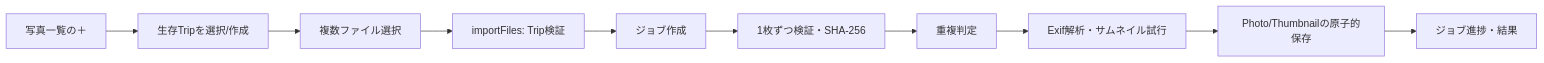
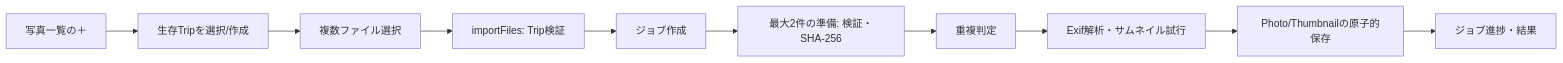
One commit to Kennethii2i/photo-route changed the diagram in docs/specification/IMPORT_AND_PHOTOS.md. Above: the diagram before and after it, drawn with Mermaid. The commit also changed other lines of this file and 12 other files, not shown here.

````diff
--- a/docs/specification/IMPORT_AND_PHOTOS.md
+++ b/docs/specification/IMPORT_AND_PHOTOS.md
@@ -7,12 +7,12 @@
 ```mermaid
 flowchart LR
   A["写真一覧の＋"] --> T["生存Tripを選択/作成"]
   T --> F["複数ファイル選択"]
   F --> I["importFiles: Trip検証"]
   I --> J["ジョブ作成"]
-  J --> V["1枚ずつ検証・SHA-256"]
+  J --> V["最大2件の準備: 検証・SHA-256"]
   V --> D["重複判定"]
   D --> M["Exif解析・サムネイル試行"]
   M --> S["Photo/Thumbnailの原子的保存"]
   S --> P["ジョブ進捗・結果"]
 ```
````
